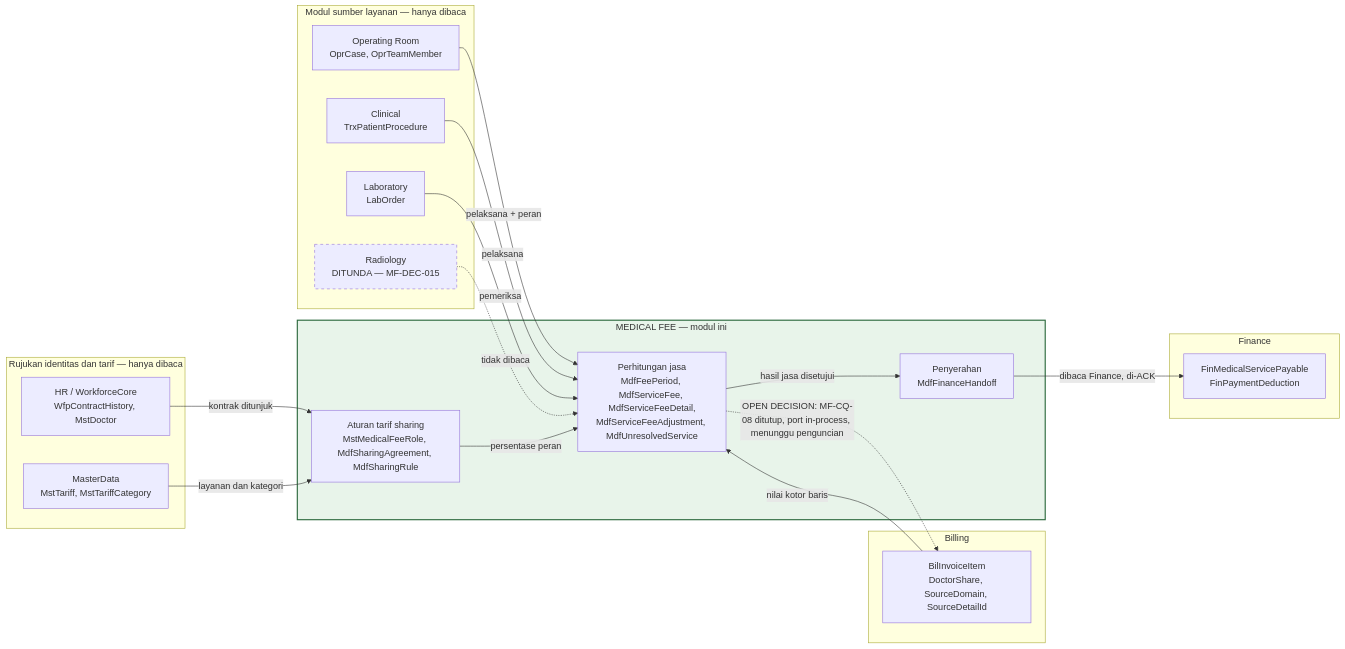
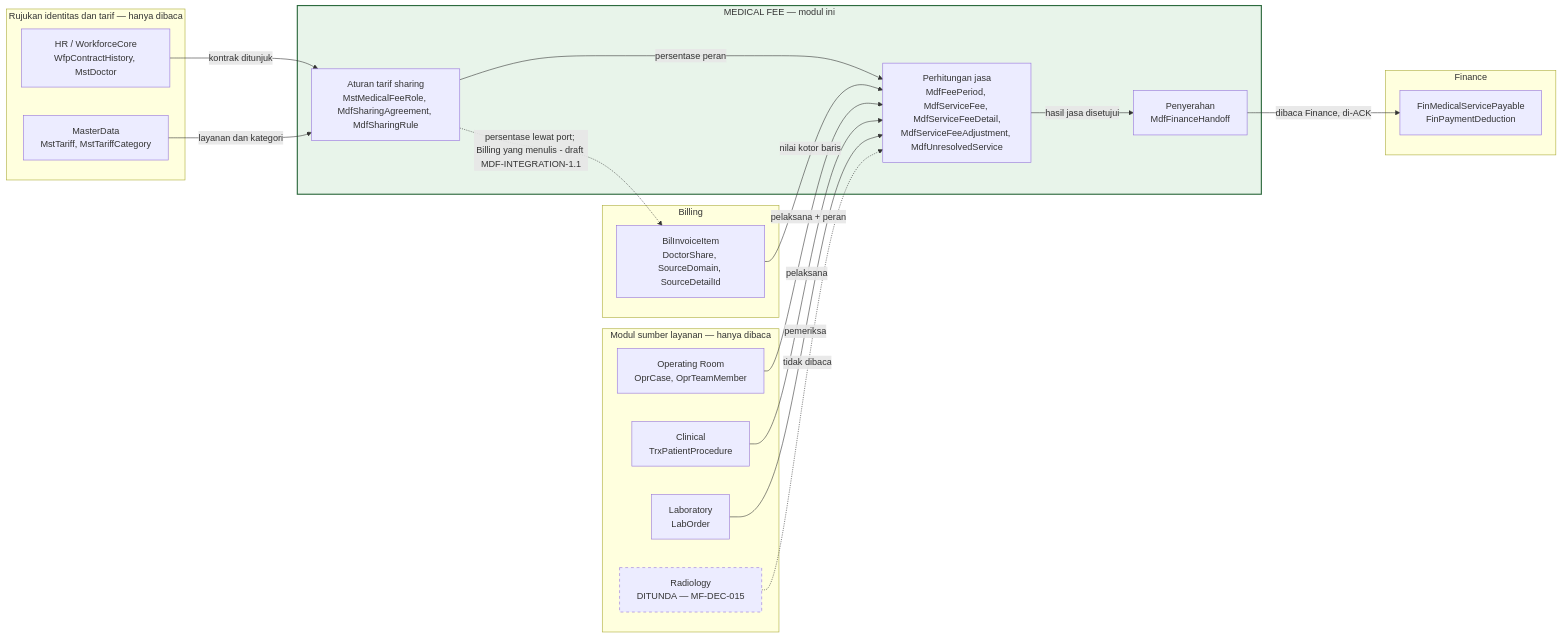
One commit to DevBenari/NewQuilvianSystemBackend changed the diagram in docs/module-blueprints/medical-fee/erd/00-context-erd.md. Above: the diagram before and after it, drawn with Mermaid. The commit also changed other lines of this file and 58 other files, not shown here.

````diff
--- a/docs/module-blueprints/medical-fee/erd/00-context-erd.md
+++ b/docs/module-blueprints/medical-fee/erd/00-context-erd.md
@@ -16,43 +16,43 @@
 ```mermaid
 flowchart LR
     subgraph SRC["Modul sumber layanan — hanya dibaca"]
         OPR["Operating Room<br/>OprCase, OprTeamMember"]
         CLN["Clinical<br/>TrxPatientProcedure"]
         LAB["Laboratory<br/>LabOrder"]
         RAD["Radiology<br/>DITUNDA — MF-DEC-015"]
     end
 
     subgraph REF["Rujukan identitas dan tarif — hanya dibaca"]
         HR["HR / WorkforceCore<br/>WfpContractHistory, MstDoctor"]
         MST["MasterData<br/>MstTariff, MstTariffCategory"]
     end
 
     subgraph BIL["Billing"]
         INV["BilInvoiceItem<br/>DoctorShare, SourceDomain, SourceDetailId"]
     end
 
     subgraph MDF["MEDICAL FEE — modul ini"]
         RULE["Aturan tarif sharing<br/>MstMedicalFeeRole, MdfSharingAgreement, MdfSharingRule"]
         CALC["Perhitungan jasa<br/>MdfFeePeriod, MdfServiceFee, MdfServiceFeeDetail,<br/>MdfServiceFeeAdjustment, MdfUnresolvedService"]
         HO["Penyerahan<br/>MdfFinanceHandoff"]
     end
 
     subgraph FIN["Finance"]
         PAY["FinMedicalServicePayable<br/>FinPaymentDeduction"]
     end
 
     OPR -->|pelaksana + peran| CALC
     CLN -->|pelaksana| CALC
     LAB -->|pemeriksa| CALC
     RAD -.->|tidak dibaca| CALC
     INV -->|nilai kotor baris| CALC
     HR -->|kontrak ditunjuk| RULE
     MST -->|layanan dan kategori| RULE
     RULE -->|persentase peran| CALC
     CALC -->|hasil jasa disetujui| HO
     HO -->|dibaca Finance, di-ACK| PAY
-    CALC -.->|OPEN DECISION: MF-CQ-08 ditutup, port in-process, menunggu penguncian| INV
+    RULE -.->|persentase lewat port; Billing yang menulis - draft MDF-INTEGRATION-1.1| INV
 
     style MDF fill:#e8f4ea,stroke:#2d6a3e,stroke-width:2px
     style RAD stroke-dasharray: 5 5
 ```
````
